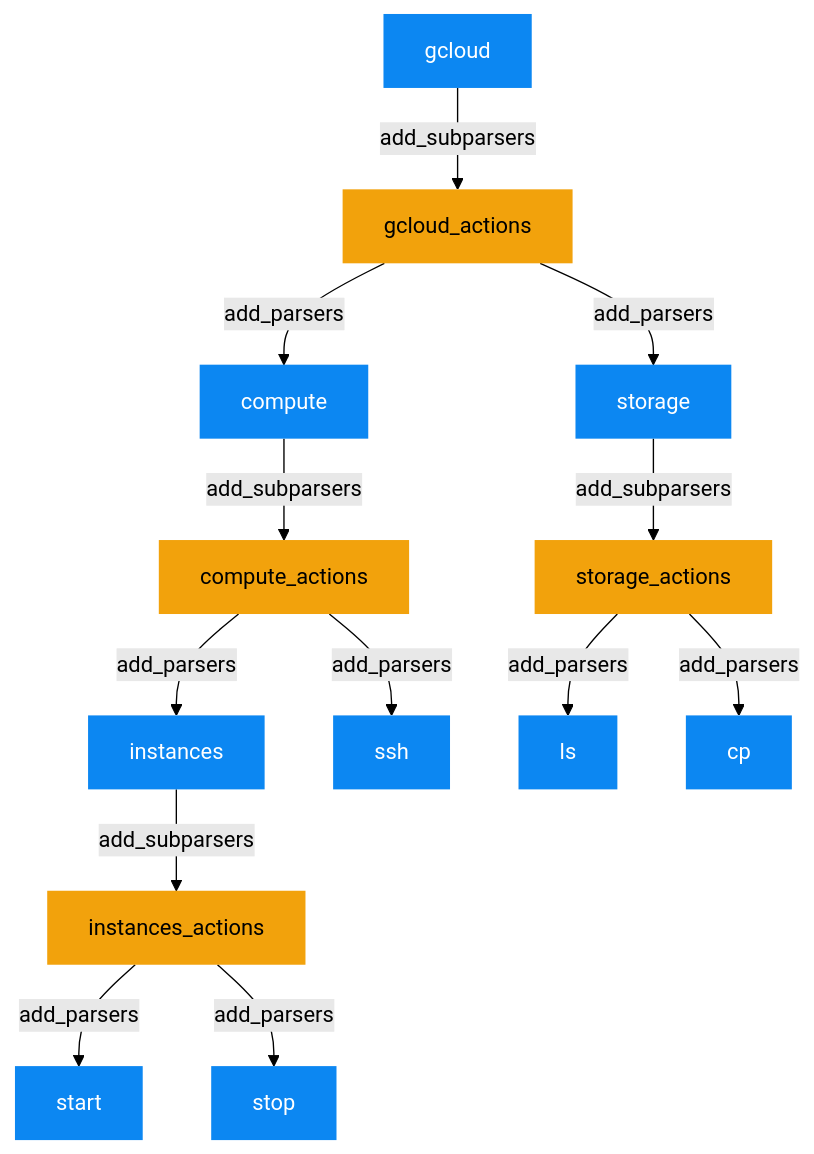
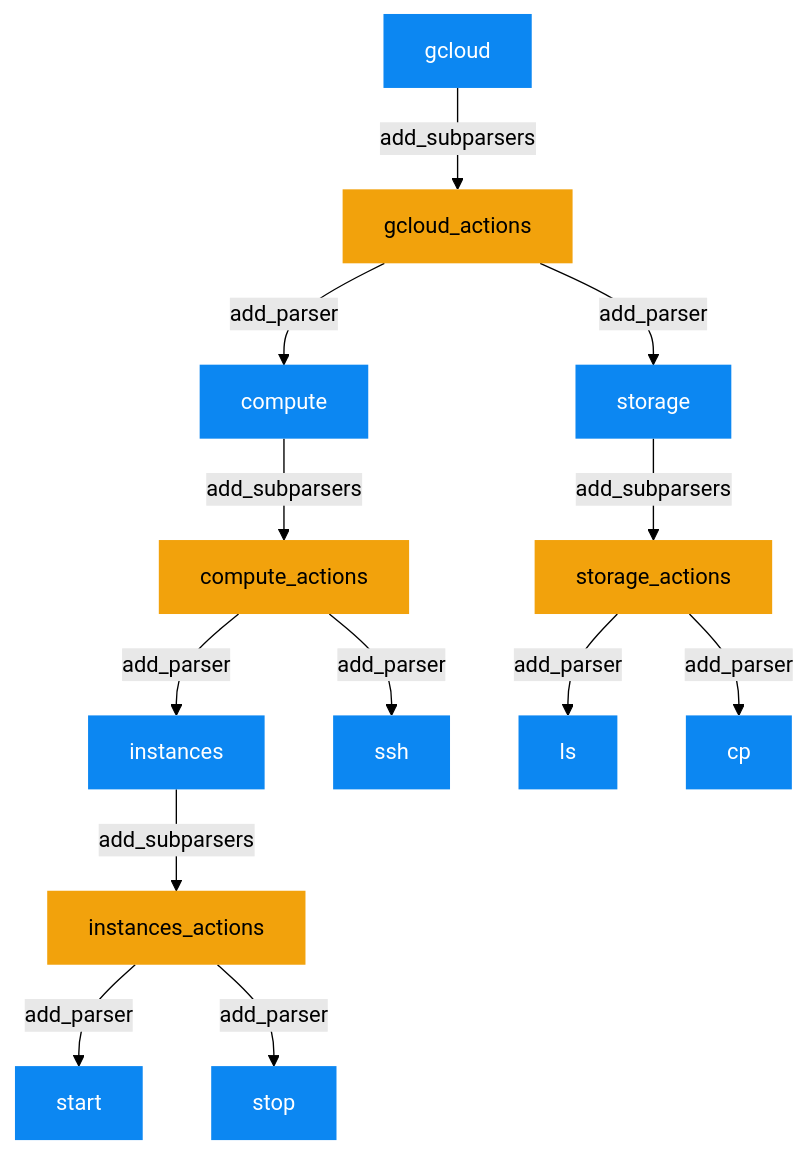
One commit to inctore/inctore.github.io changed the diagram in _posts/2023-07-21-setting-up-command-line-parser-for-nested-subcommands-using-argparse.md. Above: the diagram before and after it, drawn with Mermaid (forest theme).

````diff
--- a/_posts/2023-07-21-setting-up-command-line-parser-for-nested-subcommands-using-argparse.md
+++ b/_posts/2023-07-21-setting-up-command-line-parser-for-nested-subcommands-using-argparse.md
@@ -115,36 +115,36 @@
 ```mermaid
 flowchart TD
     classDef Parser fill:#0C87F2,color:#ffffff,stroke-width:0
     classDef SubParsersAction fill:#F2A20C,stroke-width:0
 
     gcloud:::Parser
     compute:::Parser
     storage:::Parser
     instances:::Parser
     start:::Parser
     stop:::Parser
     ssh:::Parser
     ls:::Parser
     cp:::Parser
 
     gcloud_actions:::SubParsersAction
     compute_actions:::SubParsersAction
     instances_actions:::SubParsersAction
     storage_actions:::SubParsersAction
 
 gcloud -->|add_subparsers| gcloud_actions
-    gcloud_actions -->|add_parsers| compute
-    gcloud_actions -->|add_parsers| storage
+    gcloud_actions -->|add_parser| compute
+    gcloud_actions -->|add_parser| storage
 
     compute -->|add_subparsers| compute_actions
-    compute_actions -->|add_parsers| instances
-    compute_actions -->|add_parsers| ssh
+    compute_actions -->|add_parser| instances
+    compute_actions -->|add_parser| ssh
 
     instances -->|add_subparsers| instances_actions
-    instances_actions -->|add_parsers| start
-    instances_actions -->|add_parsers| stop
+    instances_actions -->|add_parser| start
+    instances_actions -->|add_parser| stop
 
     storage -->|add_subparsers| storage_actions
-    storage_actions -->|add_parsers| ls
-    storage_actions -->|add_parsers| cp
+    storage_actions -->|add_parser| ls
+    storage_actions -->|add_parser| cp
 ```
````
